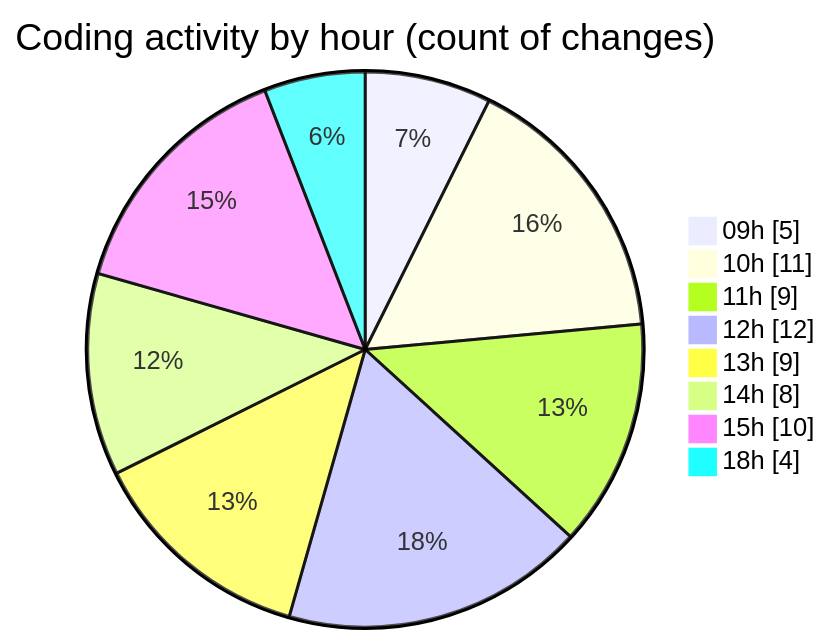
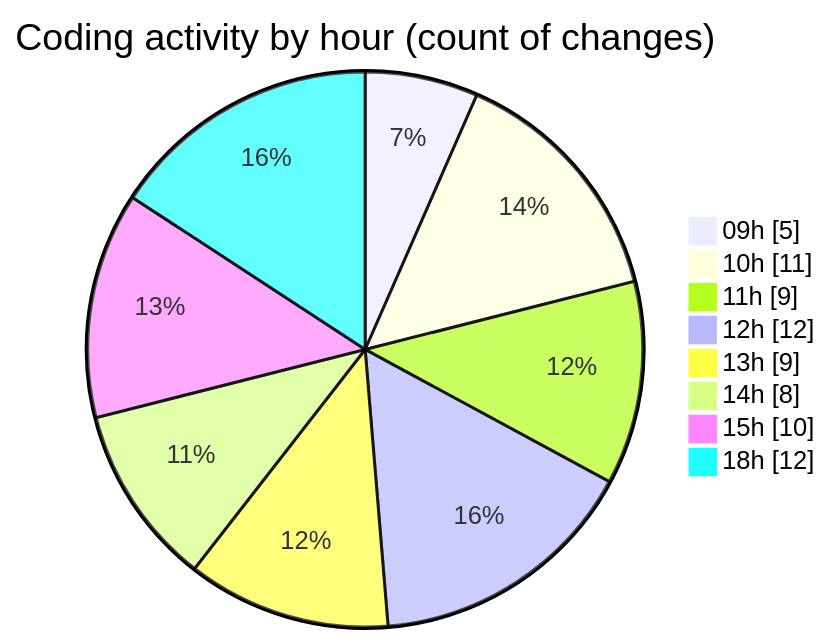
The second of 2 diagrams in 2025-03-11/cda/README.md (momahboobian/code-tracking), drawn with Mermaid before and after one commit. The commit also changed other lines of this file and 1 other file, not shown here.

````diff
--- a/2025-03-11/cda/README.md
+++ b/2025-03-11/cda/README.md
@@ -45,12 +46,12 @@
 ```mermaid
 pie showData
 title Coding activity by hour (count of changes)
 "09h" : 5
 "10h" : 11
 "11h" : 9
 "12h" : 12
 "13h" : 9
 "14h" : 8
 "15h" : 10
-"18h" : 4
+"18h" : 12
 ```
````
